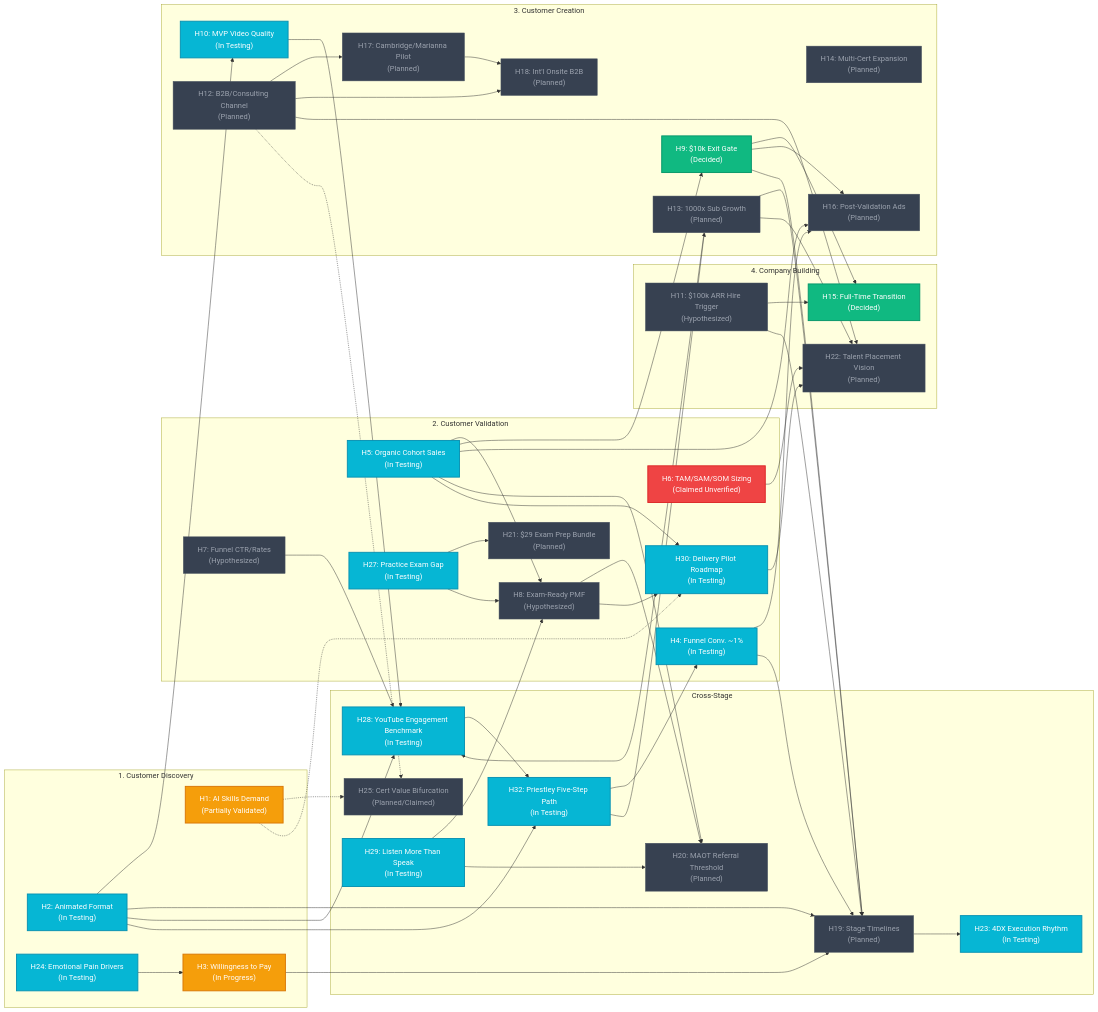
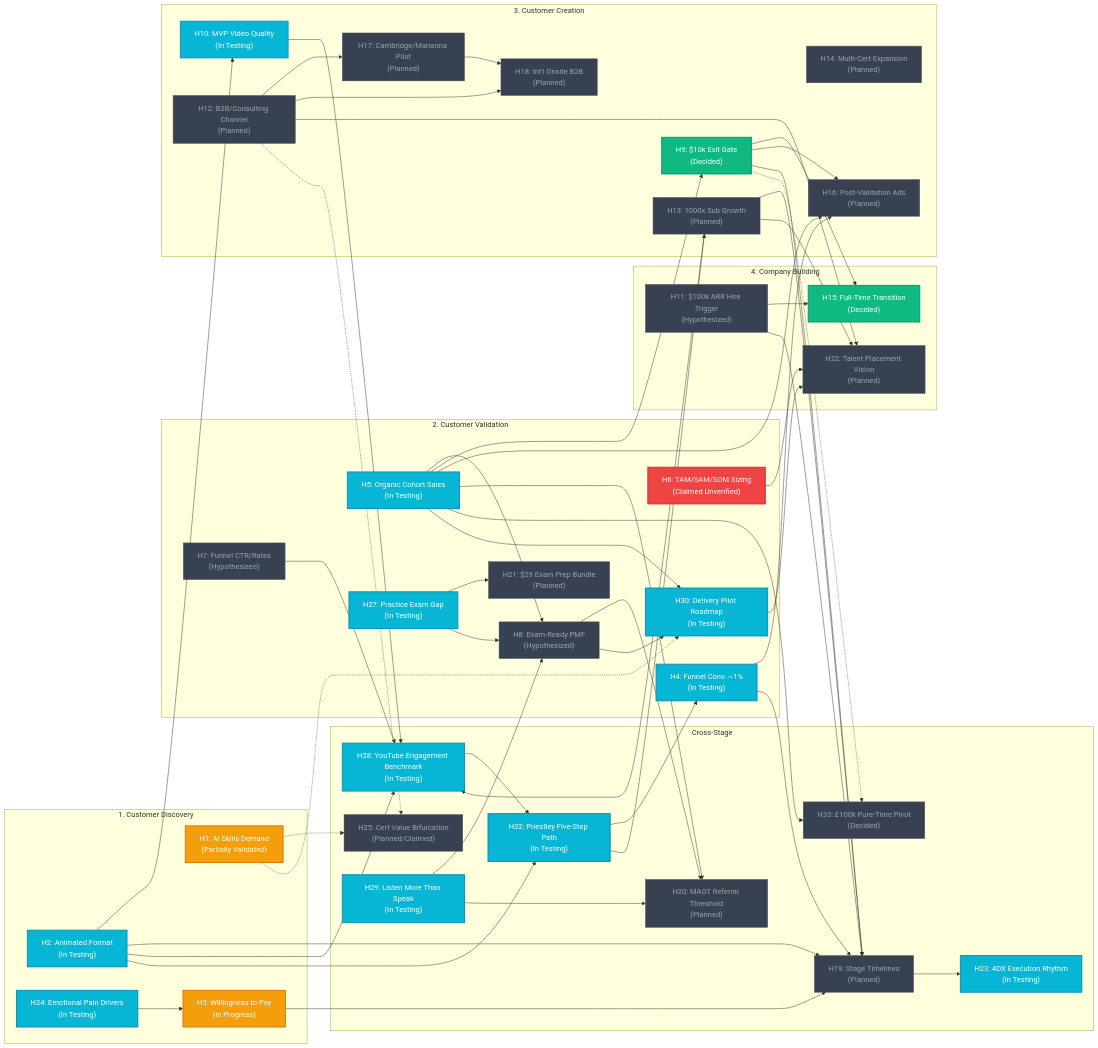
One commit to rifaterdemsahin/AI-Certification-Customer-Development changed the diagram in HYPOTHESIS.md. Above: the diagram before and after it, drawn with Mermaid. The commit also changed other lines of this file and 9 other files, not shown here.

```diff
--- a/HYPOTHESIS.md
+++ b/HYPOTHESIS.md
@@ -58,6 +58,7 @@
         H28["H28: YouTube Engagement Benchmark<br>(In Testing)"]:::testing
         H29["H29: Listen More Than Speak<br>(In Testing)"]:::testing
         H32["H32: Priestley Five-Step Path<br>(In Testing)"]:::testing
+        H33["H33: £100k Pure-Time Pivot<br>(Decided)"]:::planned
     end
 
     %% Dependencies
@@ -95,6 +96,8 @@
     H28 --> H32
     H32 --> H4
     H32 --> H13
+    H5 --> H33
+    H9 -.-> H33
     H1 -.-> H25
     H12 -.-> H25
     H29 --> H8
```
